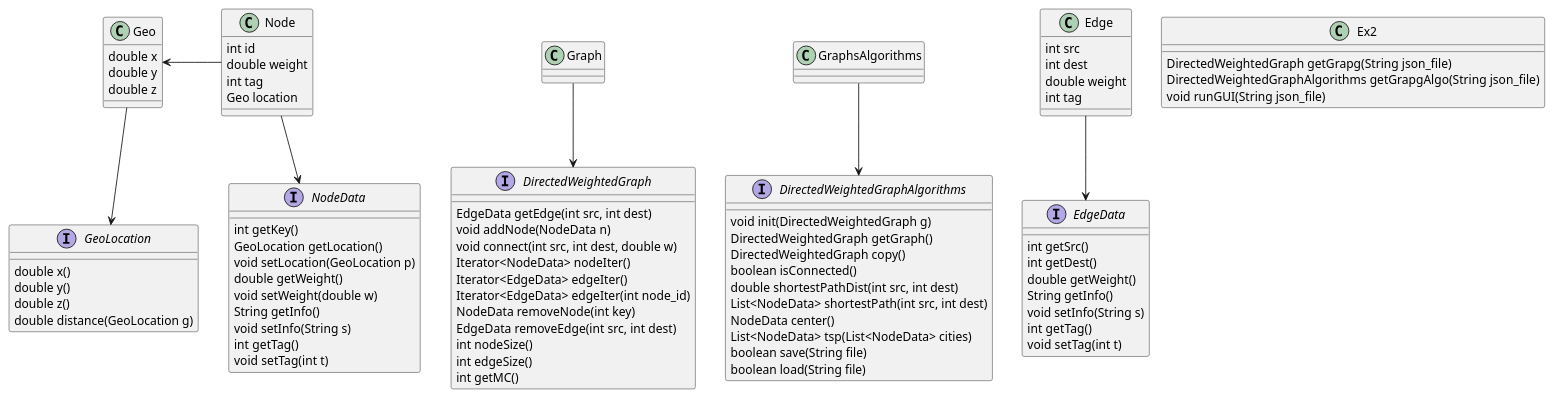
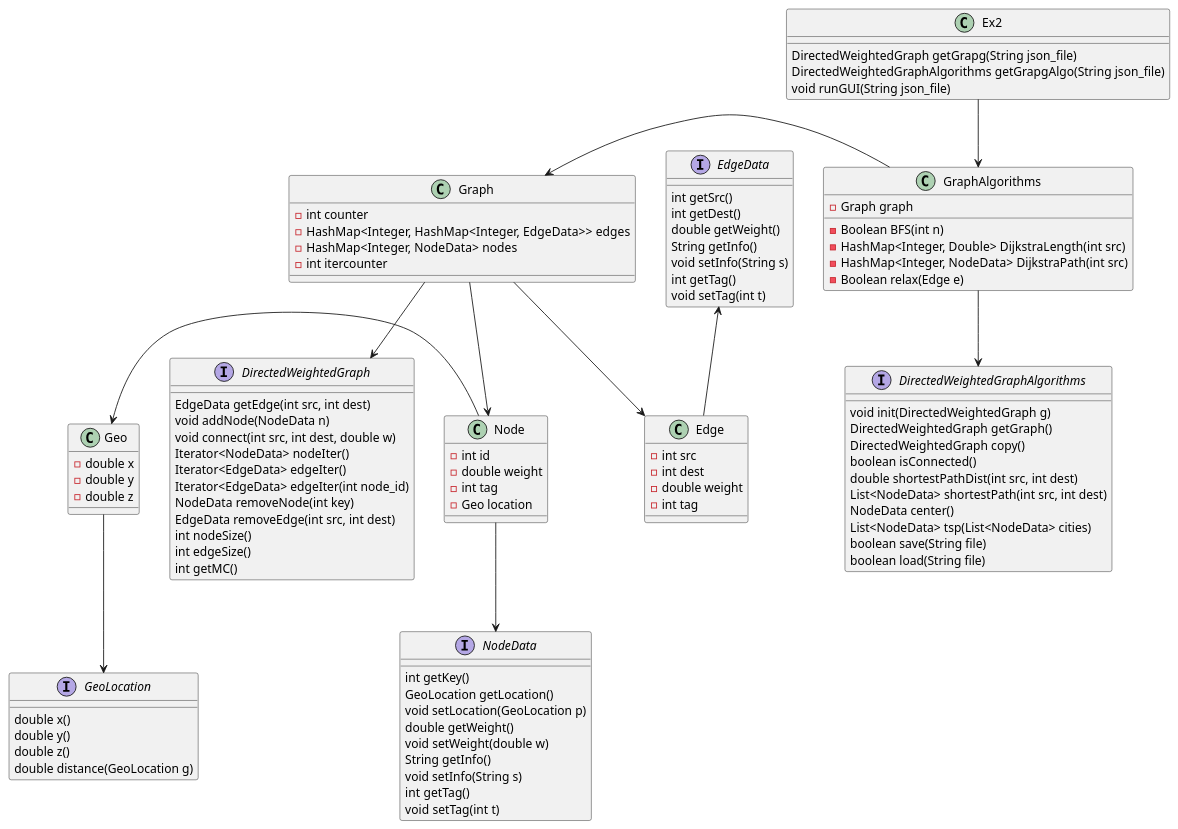
One commit to RoniPick/Directed-Weighted-graphs-Java changed the diagram in src/Ex2_.puml. Above: the diagram before and after it, drawn with PlantUML. The commit also changed 19 other files, not shown here.

```diff
--- a/src/Ex2_.puml
+++ b/src/Ex2_.puml
@@ -1,94 +1,112 @@
 @startuml
 'https://plantuml.com/class-diagram
 
 interface DirectedWeightedGraph{
 	EdgeData getEdge(int src, int dest)
 	void addNode(NodeData n)
 	void connect(int src, int dest, double w)
 	Iterator<NodeData> nodeIter()
 	Iterator<EdgeData> edgeIter()
 	Iterator<EdgeData> edgeIter(int node_id)
 	NodeData removeNode(int key)
 	EdgeData removeEdge(int src, int dest)
 	int nodeSize()
 	int edgeSize()
 	int getMC()
 }
 interface DirectedWeightedGraphAlgorithms{
     void init(DirectedWeightedGraph g)
     DirectedWeightedGraph getGraph()
     DirectedWeightedGraph copy()
     boolean isConnected()
     double shortestPathDist(int src, int dest)
     List<NodeData> shortestPath(int src, int dest)
     NodeData center()
     List<NodeData> tsp(List<NodeData> cities)
     boolean save(String file)
     boolean load(String file)
 }
 interface EdgeData{
     int getSrc()
 	int getDest()
 	double getWeight()
 	String getInfo()
 	void setInfo(String s)
 	int getTag()
 	void setTag(int t)
 }
 
 interface NodeData{
     int getKey()
 	GeoLocation getLocation()
 	void setLocation(GeoLocation p)
 	double getWeight()
 	void setWeight(double w)
 	String getInfo()
 	void setInfo(String s)
 	int getTag()
 	void setTag(int t)
 }
 
 interface GeoLocation{
     double x()
     double y()
     double z()
     double distance(GeoLocation g)
 }
 class Node {
- int id
- double weight
-  int tag
-  Geo location
+ - int id
+ - double weight
+ - int tag
+ - Geo location
+
 }
 
 class Geo {
-double x
-double y
-double z
+- double x
+- double y
+- double z
 
 }
 class Edge {
-    int src
-    int dest
-    double weight
-    int tag
+- int src
+- int dest
+- double weight
+- int tag
 }
 class Graph{
+- int counter
+- HashMap<Integer, HashMap<Integer, EdgeData>> edges
+- HashMap<Integer, NodeData> nodes
+- int itercounter
 }
-class GraphsAlgorithms{
+
+class GraphAlgorithms{
+- Graph graph
+- Boolean BFS(int n)
+- HashMap<Integer, Double> DijkstraLength(int src)
+- HashMap<Integer, NodeData> DijkstraPath(int src)
+- Boolean relax(Edge e)
+
 }
 
 class Ex2 {
 DirectedWeightedGraph getGrapg(String json_file)
 DirectedWeightedGraphAlgorithms getGrapgAlgo(String json_file)
 void runGUI(String json_file)
 }
 
+Ex2 -down-> GraphAlgorithms
+GraphAlgorithms -down-> DirectedWeightedGraphAlgorithms
+GraphAlgorithms -left-> Graph
 Graph -down-> DirectedWeightedGraph
-GraphsAlgorithms -down-> DirectedWeightedGraphAlgorithms
-Edge -down-> EdgeData
+Graph -down-> Edge
+Edge -up-> EdgeData
+Graph -down-> Node
 Node -down-> NodeData
+Node -left-> Geo
 Geo -down-> GeoLocation
-Node -left-> Geo
+
+
 
 @enduml
```
